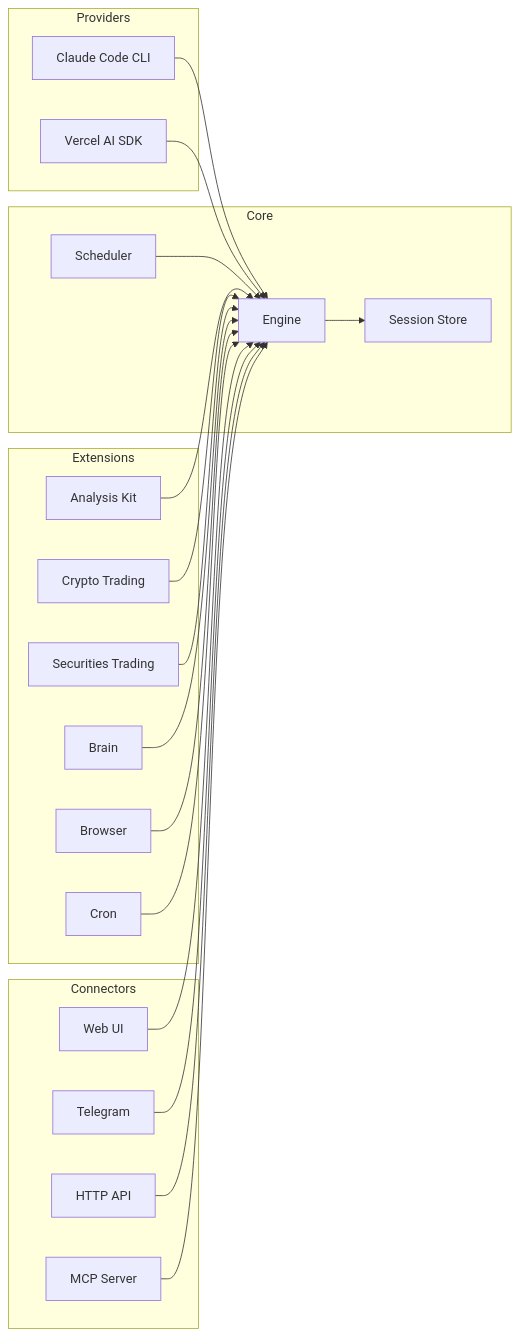
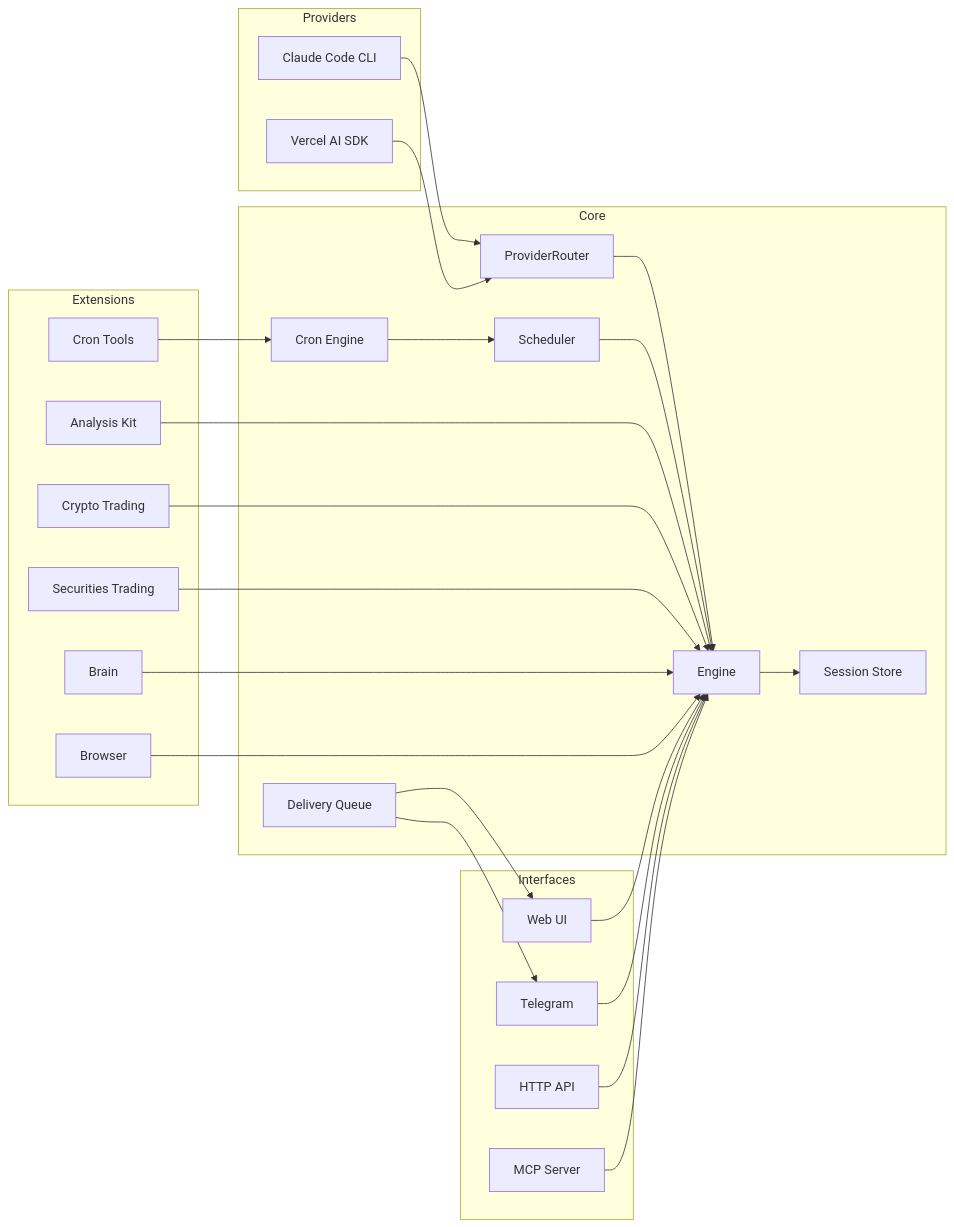
The diagram in README.md (imsatoshi/TradeClaw), drawn with Mermaid before and after one commit. The commit also changed other lines of this file, not shown here.

First line of the commit message:
Update README architecture diagram and project structure

````diff
--- a/README.md
+++ b/README.md
@@ -29,44 +29,50 @@
 ```mermaid
 graph LR
   subgraph Providers
     CC[Claude Code CLI]
     VS[Vercel AI SDK]
   end
 
   subgraph Core
+    PR[ProviderRouter]
     E[Engine]
     S[Session Store]
     SC[Scheduler]
+    CRN[Cron Engine]
+    DQ[Delivery Queue]
   end
 
   subgraph Extensions
     AK[Analysis Kit]
     CT[Crypto Trading]
     ST[Securities Trading]
     BR[Brain]
     BW[Browser]
-    CR[Cron]
+    CR[Cron Tools]
   end
 
-  subgraph Connectors
+  subgraph Interfaces
     WEB[Web UI]
     TG[Telegram]
     HTTP[HTTP API]
     MCP[MCP Server]
   end
 
-  CC --> E
-  VS --> E
+  CC --> PR
+  VS --> PR
+  PR --> E
   E --> S
   SC --> E
+  CRN --> SC
+  DQ --> WEB & TG
   AK --> E
   CT --> E
   ST --> E
   BR --> E
   BW --> E
-  CR --> E
+  CR --> CRN
   WEB --> E
   TG --> E
   HTTP --> E
   MCP --> E
 ```
````
